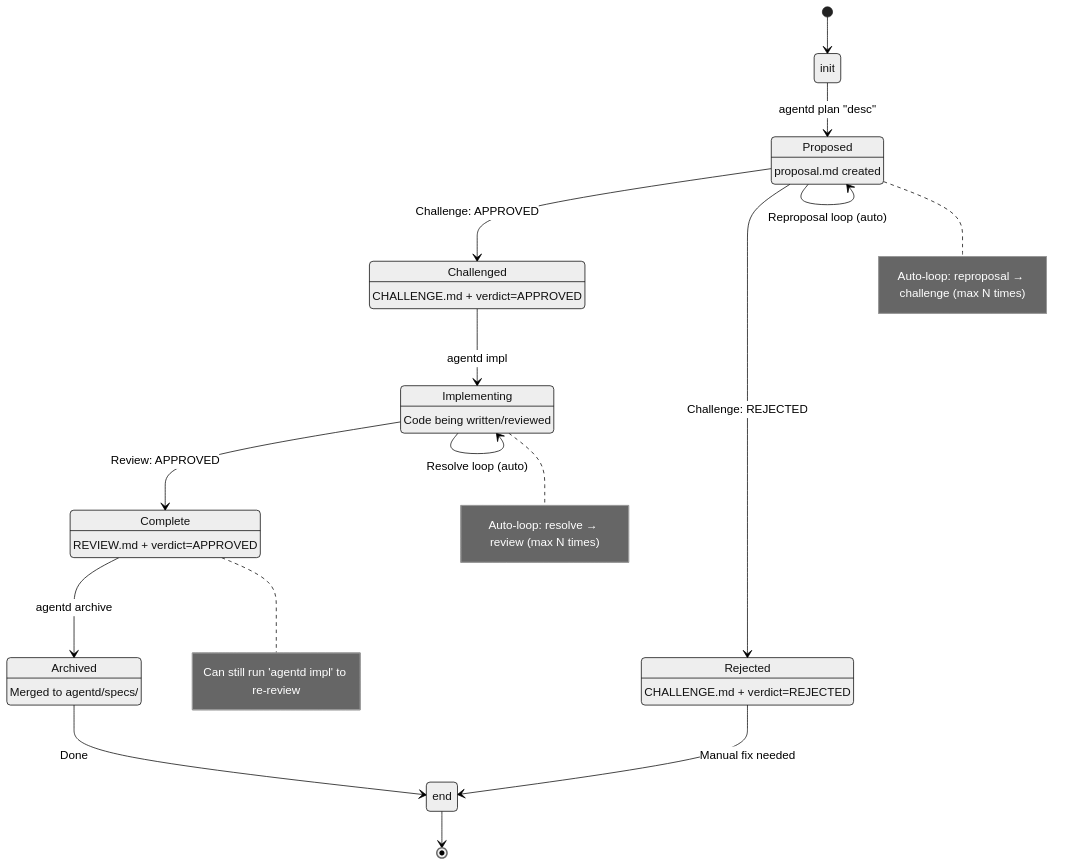
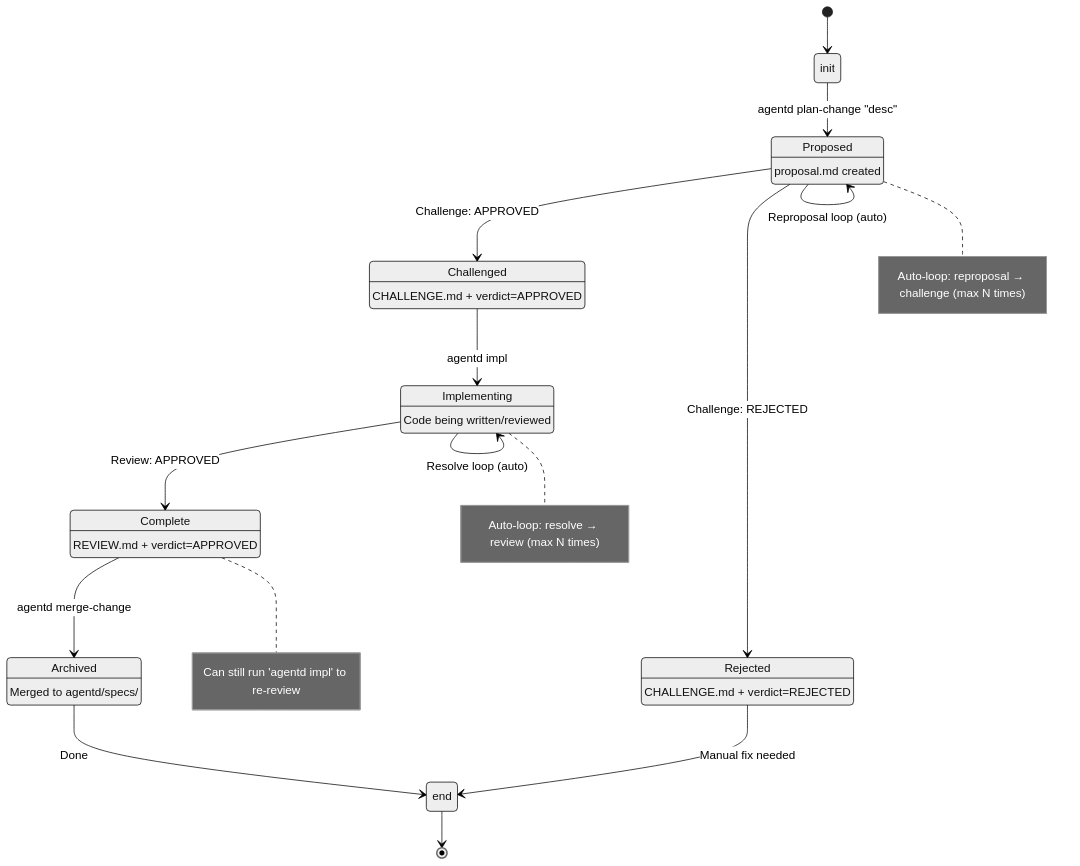
The first of 3 diagrams in agentd/specs/workflow-state-machine.md (chrischeng-c4/agentd), drawn with Mermaid (neutral theme) before and after one commit. The commit also changed other lines of this file and 108 other files, not shown here.

````diff
--- a/agentd/specs/workflow-state-machine.md
+++ b/agentd/specs/workflow-state-machine.md
@@ -38,36 +38,36 @@
 ```mermaid
 stateDiagram-v2
     [*] --> init
     state "Proposed" as proposed
     proposed: proposal.md created
     state "Challenged" as challenged
     challenged: CHALLENGE.md + verdict=APPROVED
     state "Rejected" as rejected
     rejected: CHALLENGE.md + verdict=REJECTED
     state "Implementing" as implementing
     implementing: Code being written/reviewed
     state "Complete" as complete
     complete: REVIEW.md + verdict=APPROVED
     state "Archived" as archived
     archived: Merged to agentd/specs/
     end --> [*]
-    init --> proposed: agentd plan <id> "desc"
+    init --> proposed: agentd plan-change <id> "desc"
     proposed --> challenged: Challenge: APPROVED
     proposed --> rejected: Challenge: REJECTED
     proposed --> proposed: Reproposal loop (auto)
     challenged --> implementing: agentd impl <id>
     implementing --> complete: Review: APPROVED
     implementing --> implementing: Resolve loop (auto)
-    complete --> archived: agentd archive <id>
+    complete --> archived: agentd merge-change <id>
     archived --> end: Done
     rejected --> end: Manual fix needed
     note right of proposed
         Auto-loop: reproposal → challenge (max N times)
     end note
     note right of implementing
         Auto-loop: resolve → review (max N times)
     end note
     note right of complete
         Can still run 'agentd impl' to re-review
     end note
 ```
````
